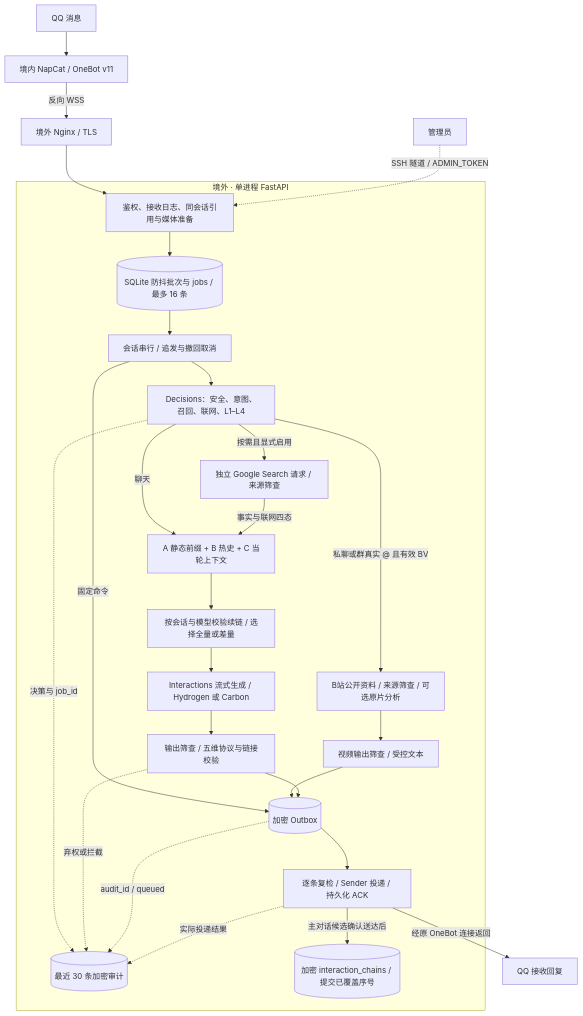
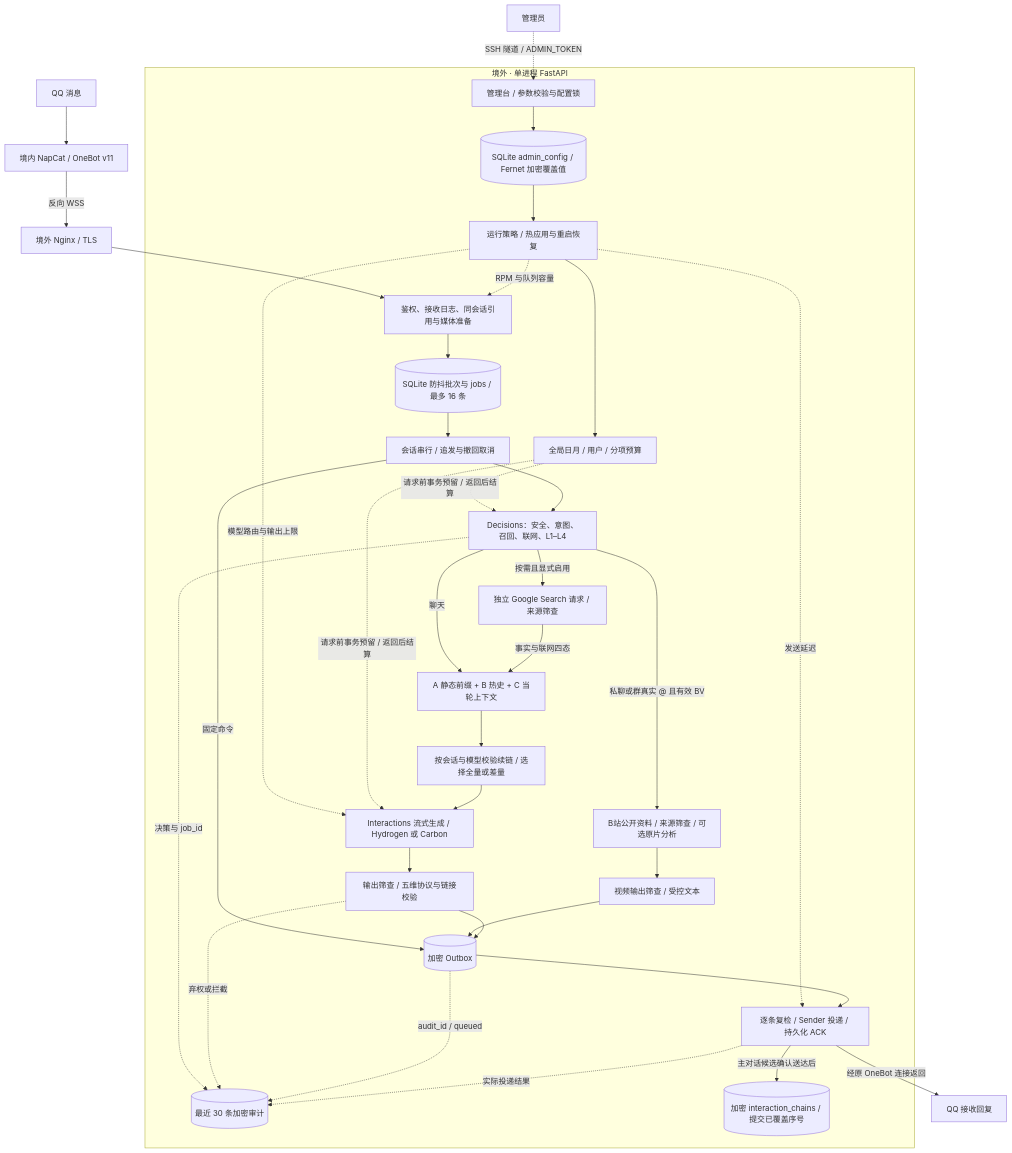
The diagram in README.md (FireOpalus/hakimi-surf), drawn with Mermaid before and after one commit. The commit also changed other lines of this file and 14 other files, not shown here.

Commit message:
Release v1.1.6: refresh admin console and document live controls

````diff
--- a/README.md
+++ b/README.md
@@ -148,33 +148,42 @@
 ```mermaid
 flowchart TD
   QQ[QQ 消息] --> NapCat[境内 NapCat / OneBot v11]
   NapCat -->|反向 WSS| Nginx[境外 Nginx / TLS]
   Nginx --> Ingress
-  Admin[管理员] -.SSH 隧道 / ADMIN_TOKEN.-> Ingress
+  Admin[管理员] -.SSH 隧道 / ADMIN_TOKEN.-> Console
 
   subgraph Backend[境外 · 单进程 FastAPI]
+    Console[管理台 / 参数校验与配置锁]
+    Console --> Config[(SQLite admin_config / Fernet 加密覆盖值)]
+    Config --> Runtime[运行策略 / 热应用与重启恢复]
+    Runtime -.RPM 与队列容量.-> Ingress
+    Runtime -.模型路由与输出上限.-> Chat
+    Runtime -.发送延迟.-> Delivery
+    Runtime --> Budget[全局日月 / 用户 / 分项预算]
+    Budget -.请求前事务预留 / 返回后结算.-> Gate
+    Budget -.请求前事务预留 / 返回后结算.-> Chat
     Ingress[鉴权、接收日志、同会话引用与媒体准备]
     Ingress --> Queue[(SQLite 防抖批次与 jobs / 最多 16 条)]
     Queue --> Serial[会话串行 / 追发与撤回取消]
     Serial -->|固定命令| Outbox
     Serial --> Gate[Decisions：安全、意图、召回、联网、L1–L4]
     Gate -->|聊天| Context[A 静态前缀 + B 热史 + C 当轮上下文]
     Gate -->|按需且显式启用| Search[独立 Google Search 请求 / 来源筛查]
     Search -->|事实与联网四态| Context
     Gate -->|私聊或群真实 @ 且有效 BV| Video[B站公开资料 / 来源筛查 / 可选原片分析]
     Context --> Chain[按会话与模型校验续链 / 选择全量或差量]
     Chain --> Chat[Interactions 流式生成 / Hydrogen 或 Carbon]
     Chat --> OutputGate[输出筛查 / 五维协议与链接校验]
     Video --> VideoOutput[视频输出筛查 / 受控文本]
     VideoOutput --> Outbox
     OutputGate --> Outbox[(加密 Outbox)]
     Outbox --> Delivery[逐条复检 / Sender 投递 / 持久化 ACK]
     Gate -.决策与 job_id.-> Audit[(最近 30 条加密审计)]
     OutputGate -.弃权或拦截.-> Audit
     Outbox -.audit_id / queued.-> Audit
     Delivery -.实际投递结果.-> Audit
     Delivery -->|主对话候选确认送达后| ChainStore[(加密 interaction_chains / 提交已覆盖序号)]
   end
 
   Delivery -->|经原 OneBot 连接返回| Reply[QQ 接收回复]
 ```
````
